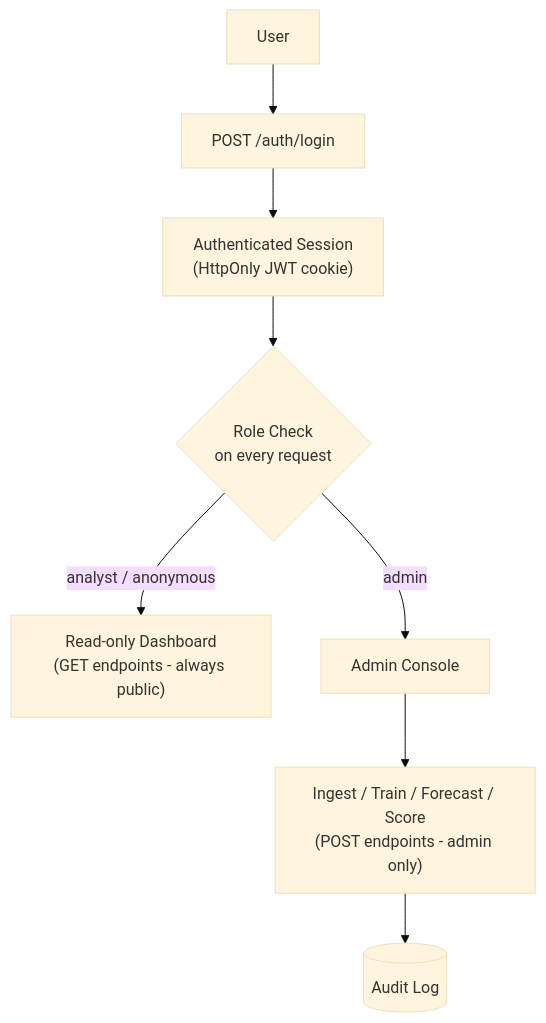
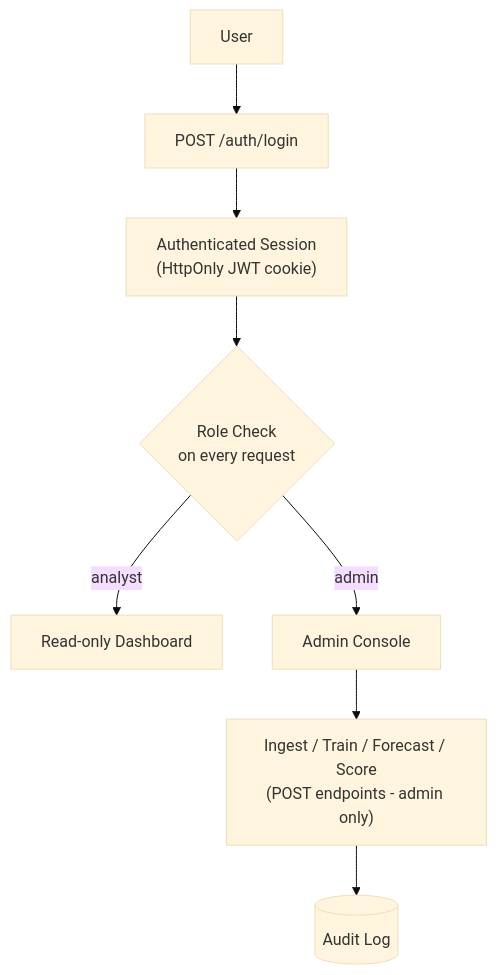
The fourth of 4 diagrams in README.md (poojaaxx/gridcast), drawn with Mermaid (base theme) before and after one commit. The commit also changed other lines of this file, not shown here.

````diff
--- a/README.md
+++ b/README.md
@@ -243,10 +336,10 @@
 ```mermaid
 flowchart TD
     U[User] --> L[POST /auth/login]
     L --> S["Authenticated Session\n(HttpOnly JWT cookie)"]
     S --> R{Role Check\non every request}
-    R -->|analyst / anonymous| V["Read-only Dashboard\n(GET endpoints - always public)"]
+    R -->|analyst| V["Read-only Dashboard"]
     R -->|admin| A[Admin Console]
     A --> O["Ingest / Train / Forecast / Score\n(POST endpoints - admin only)"]
     O --> AU[(Audit Log)]
 ```
````
